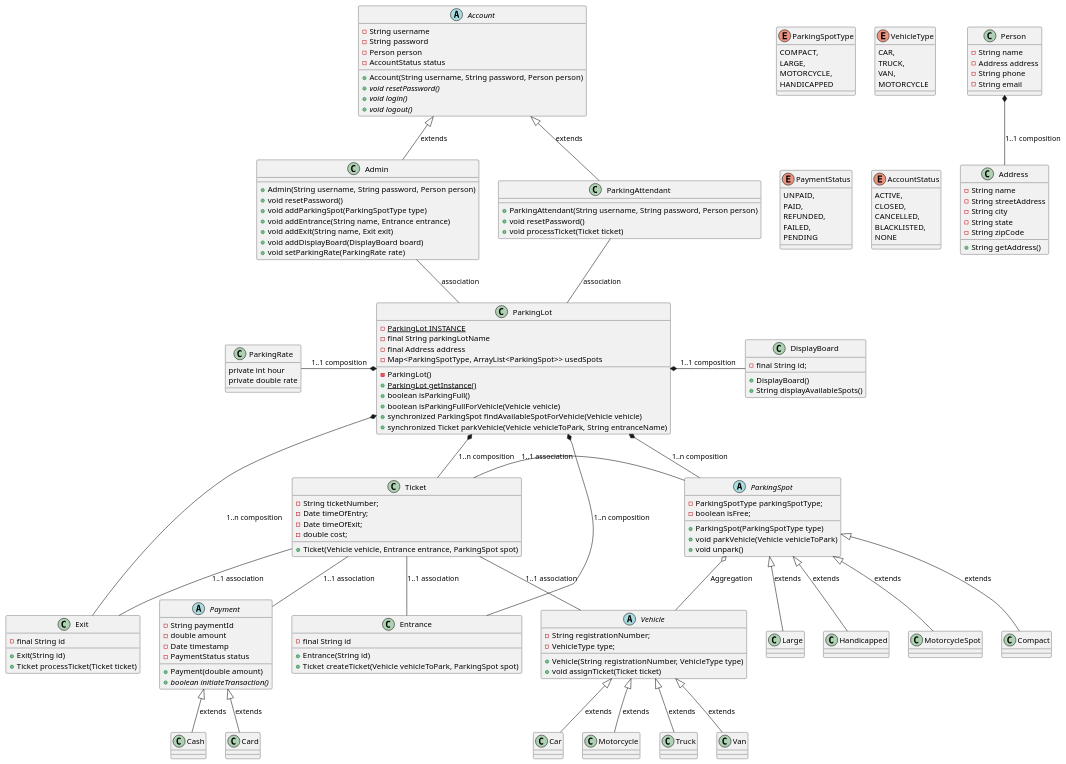
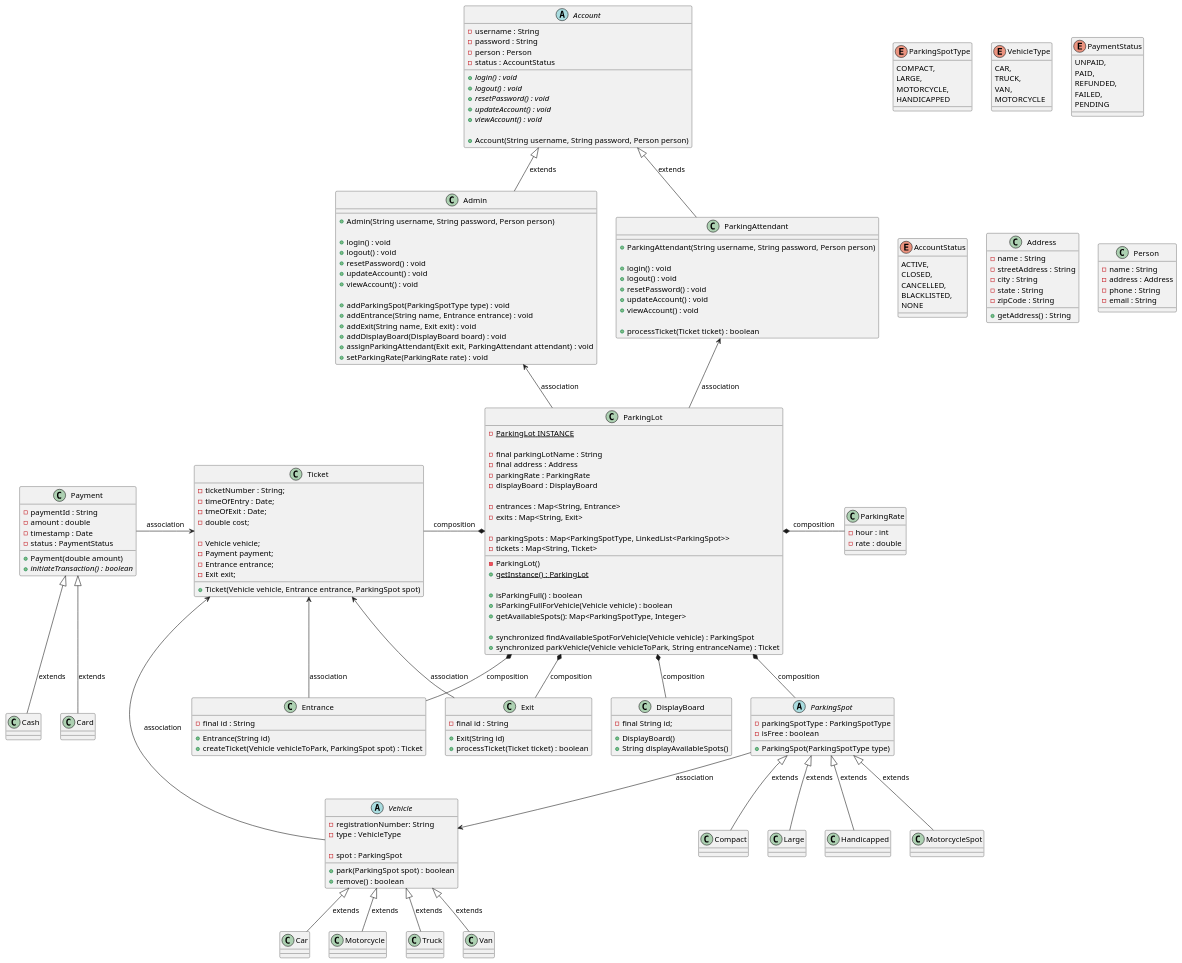
The diagram in src/main/resources/uml/class-diagram.puml (martand-kashyap/lld-parking-lot), drawn with PlantUML before and after one commit. The commit also changed 1 other file, not shown here.

Commit message:
UML: class diagram

```diff
--- a/src/main/resources/uml/class-diagram.puml
+++ b/src/main/resources/uml/class-diagram.puml
@@ -1,21 +1,19 @@
-@startuml
+@startuml class-diagram parking-lot
 'skinparam classAttributeIconSize 0
+top to bottom direction
 
-top to bottom direction
 enum ParkingSpotType {
     COMPACT,
     LARGE,
     MOTORCYCLE,
     HANDICAPPED
 }
-
 enum VehicleType {
     CAR,
     TRUCK,
     VAN,
     MOTORCYCLE
 }
-
 enum PaymentStatus {
     UNPAID,
     PAID,
@@ -23,7 +21,6 @@
     FAILED,
     PENDING
 }
-
 enum AccountStatus {
     ACTIVE,
     CLOSED,
@@ -33,168 +30,206 @@
 }
 
 class Address {
-   - String name
-   - String streetAddress
-   - String city
-   - String state
-   - String zipCode
+   - name : String
+   - streetAddress : String
+   - city : String
+   - state : String
+   - zipCode : String
 
-   + String getAddress()
+   + getAddress() : String
 }
 class Person {
-   - String name
-   - Address address
-   - String phone
-   - String email
+   - name : String
+   - address : Address
+   - phone : String
+   - email : String
 }
-Person *-- Address : 1..1 composition
+
+abstract class Vehicle {
+    - registrationNumber: String
+    - type : VehicleType
+
+    - spot : ParkingSpot
+
+    + park(ParkingSpot spot) : boolean
+    + remove() : boolean
+}
+class Car
+class Motorcycle
+class Truck
+class Van
+
+abstract class ParkingSpot {
+    - parkingSpotType : ParkingSpotType
+    - isFree : boolean
+
+    + ParkingSpot(ParkingSpotType type)
+}
+class Compact
+class Large
+class Handicapped
+class MotorcycleSpot
+
+abstract class Account {
+    - username : String
+    - password : String
+    - person : Person
+    - status : AccountStatus
+
+    + {abstract} login() : void
+    + {abstract} logout() : void
+    + {abstract} resetPassword() : void
+    + {abstract} updateAccount() : void
+    + {abstract} viewAccount() : void
+
+    + Account(String username, String password, Person person)
+}
+class Admin {
+    + Admin(String username, String password, Person person)
+
+    + login() : void
+    + logout() : void
+    + resetPassword() : void
+    + updateAccount() : void
+    + viewAccount() : void
+
+    + addParkingSpot(ParkingSpotType type) : void
+    + addEntrance(String name, Entrance entrance) : void
+    + addExit(String name, Exit exit) : void
+    + addDisplayBoard(DisplayBoard board) : void
+    + assignParkingAttendant(Exit exit, ParkingAttendant attendant) : void
+    + setParkingRate(ParkingRate rate) : void
+}
+
+class ParkingAttendant {
+    + ParkingAttendant(String username, String password, Person person)
+
+    + login() : void
+    + logout() : void
+    + resetPassword() : void
+    + updateAccount() : void
+    + viewAccount() : void
+
+    + processTicket(Ticket ticket) : boolean
+}
+
+class Entrance {
+    - final id : String
+
+    + Entrance(String id)
+    + createTicket(Vehicle vehicleToPark, ParkingSpot spot) : Ticket
+}
+class Exit {
+   - final id : String
+
+   + Exit(String id)
+   + processTicket(Ticket ticket) : boolean
+}
+class DisplayBoard {
+    - final String id;
+
+    + DisplayBoard()
+    + String displayAvailableSpots()
+}
+class ParkingRate  {
+    - hour : int
+    - rate : double
+}
+
+class Payment {
+    - paymentId : String
+    - amount : double
+    - timestamp : Date
+    - status : PaymentStatus
+
+    + Payment(double amount)
+    + {abstract} initiateTransaction() : boolean
+}
+class Cash
+class Card
+
+class Ticket {
+    - ticketNumber : String;
+    - timeOfEntry : Date;
+    - tmeOfExit : Date;
+    - double cost;
+
+    - Vehicle vehicle;
+    - Payment payment;
+    - Entrance entrance;
+    - Exit exit;
+
+    + Ticket(Vehicle vehicle, Entrance entrance, ParkingSpot spot)
+}
 
 class ParkingLot {
-   - {static} ParkingLot INSTANCE
-   - final String parkingLotName
-   - final Address address
-'   - ParkingRate parkingRate
-'   - Map<String, Entrance> entrances
-'   - Map<String, Exit> exits
-'   - DisplayBoard displayBoard
-'   - Map<ParkingSpotType, LinkedList<ParkingSpot>> parkingSpots
-   - Map<ParkingSpotType, ArrayList<ParkingSpot>> usedSpots
-'   - Map<String, Ticket> tickets
+  - {static} ParkingLot INSTANCE
 
-   - ParkingLot()
-   + {static} ParkingLot getInstance()
-   + boolean isParkingFull()
-   + boolean isParkingFullForVehicle(Vehicle vehicle)
-   + synchronized ParkingSpot findAvailableSpotForVehicle(Vehicle vehicle)
-   + synchronized Ticket parkVehicle(Vehicle vehicleToPark, String entranceName)
+  - final parkingLotName : String
+  - final address : Address
+  - parkingRate : ParkingRate
+  - displayBoard : DisplayBoard
+
+  - entrances : Map<String, Entrance>
+  - exits : Map<String, Exit>
+
+  - parkingSpots : Map<ParkingSpotType, LinkedList<ParkingSpot>>
+  ' - usedSpots : Map<ParkingSpotType, ArrayList<ParkingSpot>>
+  - tickets : Map<String, Ticket>
+
+  - ParkingLot()
+  + {static} getInstance() : ParkingLot
+
+  + isParkingFull() : boolean
+  + isParkingFullForVehicle(Vehicle vehicle) : boolean
+  + getAvailableSpots(): Map<ParkingSpotType, Integer>
+
+  + synchronized findAvailableSpotForVehicle(Vehicle vehicle) : ParkingSpot
+  + synchronized parkVehicle(Vehicle vehicleToPark, String entranceName) : Ticket
 }
-class ParkingRate {
-    'private ParkingSpotType spotType
-    private int hour
-    private double rate
-}
-ParkingLot *-left- ParkingRate : 1..1 composition
 
-class Entrance {
-    - final String id
+'Relationships
 
-    + Entrance(String id)
-    + Ticket createTicket(Vehicle vehicleToPark, ParkingSpot spot)
-}
-class Exit {
-    - final String id
-
-    + Exit(String id)
-    + Ticket processTicket(Ticket ticket)
-}
-ParkingLot *--- Entrance : 1..n composition
-ParkingLot *--- Exit : 1..n composition
-
-abstract class ParkingSpot {
-    - ParkingSpotType parkingSpotType;
-    - boolean isFree;
-'    - Vehicle parkedVehicle;
-
-    + ParkingSpot(ParkingSpotType type)
-    + void parkVehicle(Vehicle vehicleToPark)
-    + void unpark()
-}
-together{
-    ParkingSpot <|-- Compact : extends
-    ParkingSpot <|-- Large : extends
-    ParkingSpot <|-- Handicapped : extends
-    ParkingSpot <|-- MotorcycleSpot : extends
-'    ParkingSpot <|-- Electric : extends
-'    Electric o-- Payment : aggregation
-}
-ParkingLot *-- ParkingSpot : 1..n composition
-
-abstract class Vehicle {
-    - String registrationNumber;
-    - VehicleType type;
-
-    + Vehicle(String registrationNumber, VehicleType type)
-    + void assignTicket(Ticket ticket)
-'    + ParkingSpotType getSpotTypeForVehicle(VehicleType type)
-}
+'1. Inheritance (IS-A)
 together {
     Vehicle <|-- Car : extends
     Vehicle <|-- Motorcycle : extends
     Vehicle <|-- Truck : extends
     Vehicle <|-- Van : extends
 }
-ParkingSpot o-- Vehicle : Aggregation
-
-class DisplayBoard {
-    - final String id;
-
-    + DisplayBoard()
-    + String displayAvailableSpots()
+together {
+    ParkingSpot <|-- Compact : extends
+    ParkingSpot <|-- Large : extends
+    ParkingSpot <|-- Handicapped : extends
+    ParkingSpot <|-- MotorcycleSpot : extends
 }
-ParkingLot *-right- DisplayBoard: 1..1 composition
-
-class Ticket {
-    - String ticketNumber;
-    - Date timeOfEntry;
-    - Date timeOfExit;
-    - double cost;
-'    - Vehicle vehicle;
-'    - Payment payment;
-'    - Entrance entrance;
-'    - Exit exit;
-'    - ParkingSpot spot;
-
-    + Ticket(Vehicle vehicle, Entrance entrance, ParkingSpot spot)
+together {
+    Account <|-- Admin : extends
+    Account <|-- ParkingAttendant : extends
 }
-Ticket -- Vehicle : 1..1 association
-Ticket -right- ParkingSpot : 1..1 association
-Ticket -- Entrance : 1..1 association
-Ticket -- Payment : 1..1 association
-Ticket -- Exit : 1..1 association
-ParkingLot *-- Ticket : 1..n composition
-
-abstract class Payment {
-    - String paymentId
-    - double amount
-    - Date timestamp
-    - PaymentStatus status
-
-    + Payment(double amount)
-    + {abstract} boolean initiateTransaction()
-}
-together{
+together {
+'    Cash -right-|> Payment : extends
+'    Card --|> Payment : extends
     Payment <|-- Cash : extends
     Payment <|-- Card : extends
 }
-abstract class Account {
-    - String username
-    - String password
-    - Person person
-    - AccountStatus status
 
-    + Account(String username, String password, Person person)
-    + {abstract} void resetPassword()
-    + {abstract} void login()
-    + {abstract} void logout()
-}
-class Admin {
-    + Admin(String username, String password, Person person)
-    + void resetPassword()
-    + void addParkingSpot(ParkingSpotType type)
-    + void addEntrance(String name, Entrance entrance)
-    + void addExit(String name, Exit exit)
-    + void addDisplayBoard(DisplayBoard board)
-    + void setParkingRate(ParkingRate rate)
+'2. Association (1-way)
+ParkingSpot --> Vehicle : association
+Payment -right-> Ticket : association
+Exit --> Ticket : association
+Entrance --> Ticket : association
+Vehicle --> Ticket : association
+together {
+    Admin <-- ParkingLot : association
+    ParkingAttendant <-- ParkingLot : association
 }
 
-class ParkingAttendant {
-    + ParkingAttendant(String username, String password, Person person)
-    + void resetPassword()
-    + void processTicket(Ticket ticket)
-}
-Account <|-- Admin : extends
-Account <|-- ParkingAttendant : extends
-
-Admin -- ParkingLot : association
-ParkingAttendant -- ParkingLot : association
+'3. Composition
+ParkingLot *-- ParkingSpot : composition
+ParkingLot *-- Entrance : composition
+ParkingLot *-- Exit : composition
+ParkingLot *-left- Ticket : composition
+ParkingLot *-right- ParkingRate : composition
+ParkingLot *-- DisplayBoard : composition
 @enduml
```
